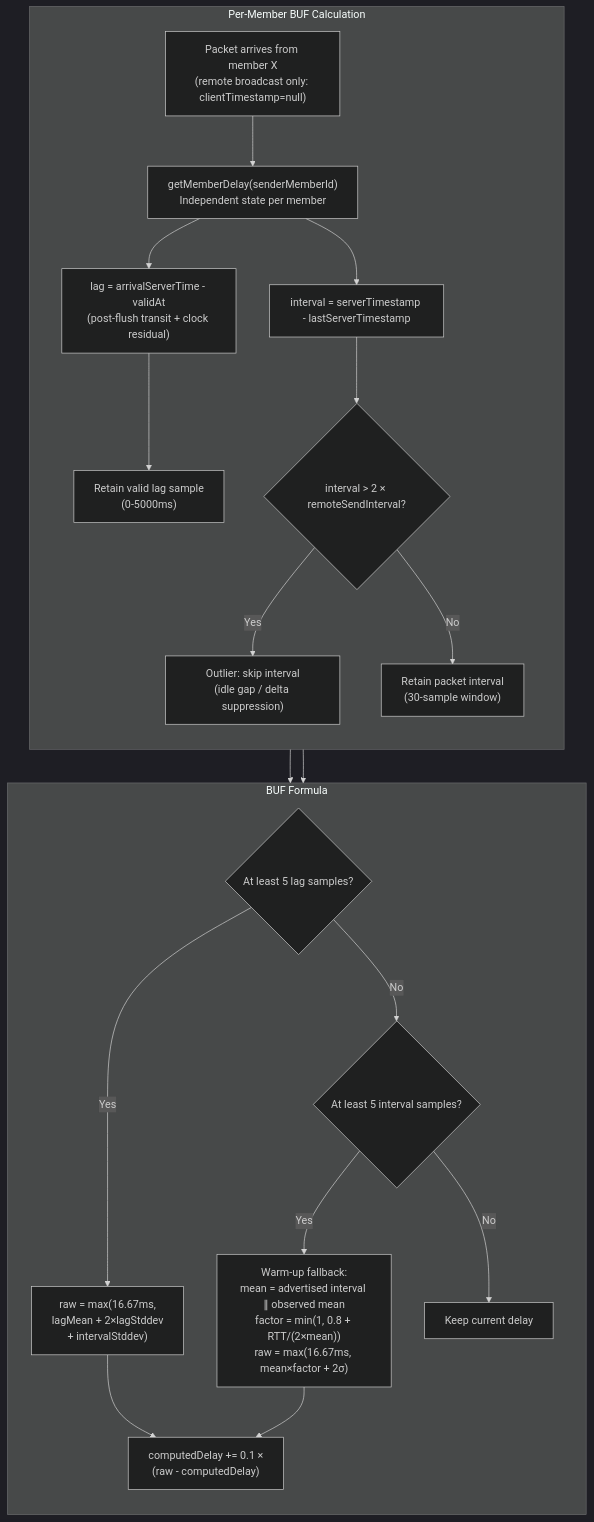
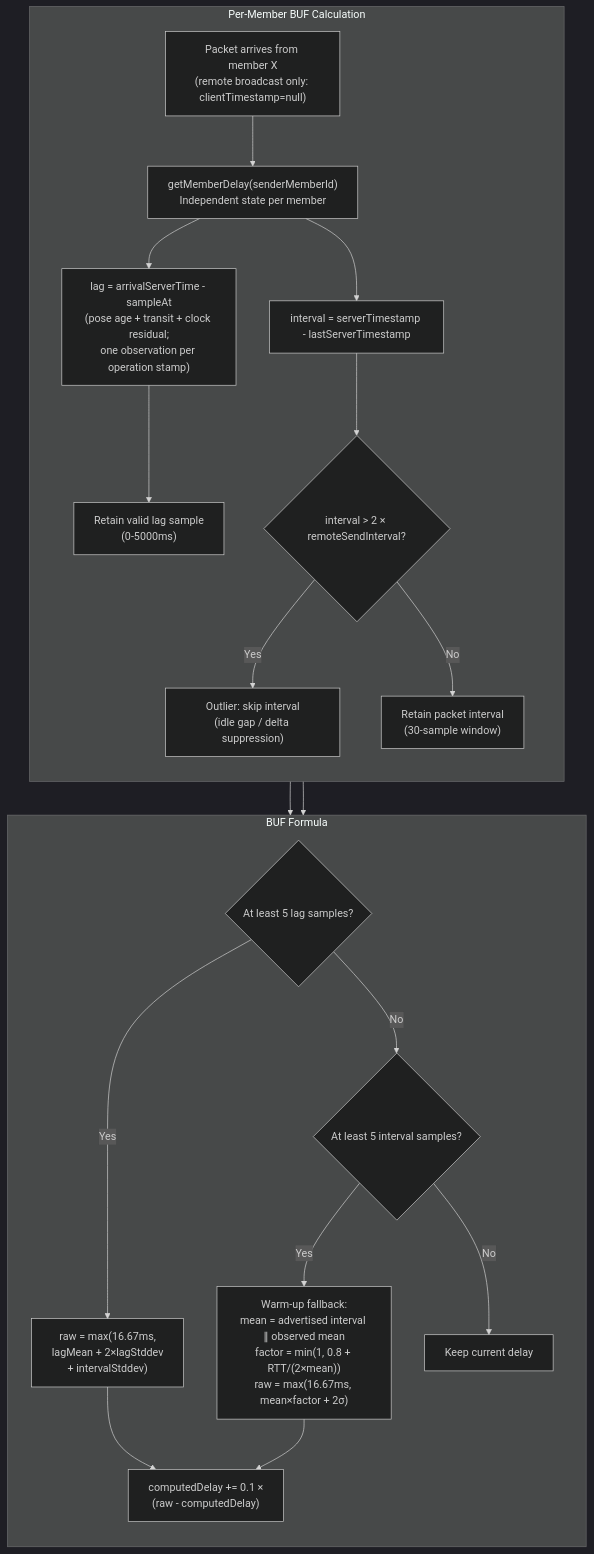
Diagram 23 of 36 in ARCHITECTURE.md (badvoidstar/astervoids), drawn with Mermaid (dark theme) before and after one commit. The commit also changed other lines of this file and 34 other files, not shown here.

Commit message:
Implement simulation timelines, continuous contacts, and active-authority lifecycle

````diff
--- a/ARCHITECTURE.md
+++ b/ARCHITECTURE.md
@@ -1010,41 +1048,41 @@
 ```mermaid
 flowchart TB
     subgraph "Per-Member BUF Calculation"
         direction TB
         PKT["Packet arrives from member X<br/>(remote broadcast only: clientTimestamp=null)"]
         MEM["getMemberDelay(senderMemberId)<br/>Independent state per member"]
-        LAG["lag = arrivalServerTime - validAt<br/>(post-flush transit + clock residual)"]
+        LAG["lag = arrivalServerTime - sampleAt<br/>(pose age + transit + clock residual;<br/>one observation per operation stamp)"]
         LAGREC["Retain valid lag sample<br/>(0-5000ms)"]
         INT["interval = serverTimestamp - lastServerTimestamp"]
         OUT{"interval > 2 × remoteSendInterval?"}
         SKIP["Outlier: skip interval<br/>(idle gap / delta suppression)"]
         INTREC["Retain packet interval<br/>(30-sample window)"]
 
         PKT --> MEM
         MEM --> LAG
         LAG --> LAGREC
         MEM --> INT
         INT --> OUT
         OUT -->|Yes| SKIP
         OUT -->|No| INTREC
     end
 
     subgraph "BUF Formula"
         direction TB
         READY{"At least 5 lag samples?"}
         WARMREADY{"At least 5 interval samples?"}
         LAGCALC["raw = max(16.67ms,<br/>lagMean + 2×lagStddev<br/>+ intervalStddev)"]
         WARM["Warm-up fallback:<br/>mean = advertised interval ∥ observed mean<br/>factor = min(1, 0.8 + RTT/(2×mean))<br/>raw = max(16.67ms, mean×factor + 2σ)"]
         HOLD["Keep current delay"]
         EMA2["computedDelay += 0.1 ×<br/>(raw - computedDelay)"]
         READY -->|Yes| LAGCALC
         READY -->|No| WARMREADY
         WARMREADY -->|Yes| WARM
         WARMREADY -->|No| HOLD
         LAGCALC --> EMA2
         WARM --> EMA2
     end
 
     LAGREC --> READY
     INTREC --> READY
 ```
````
